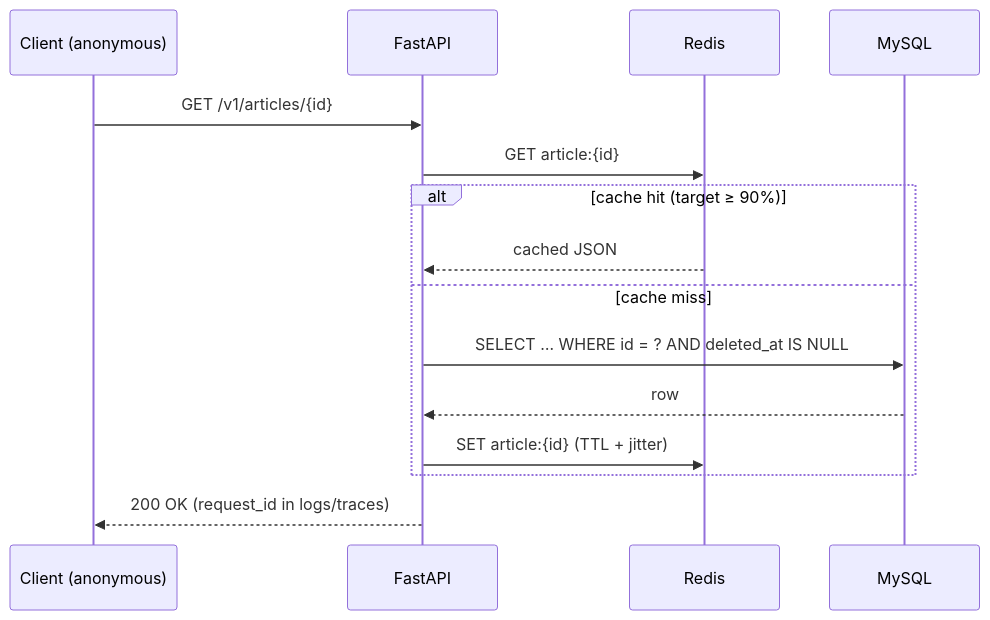
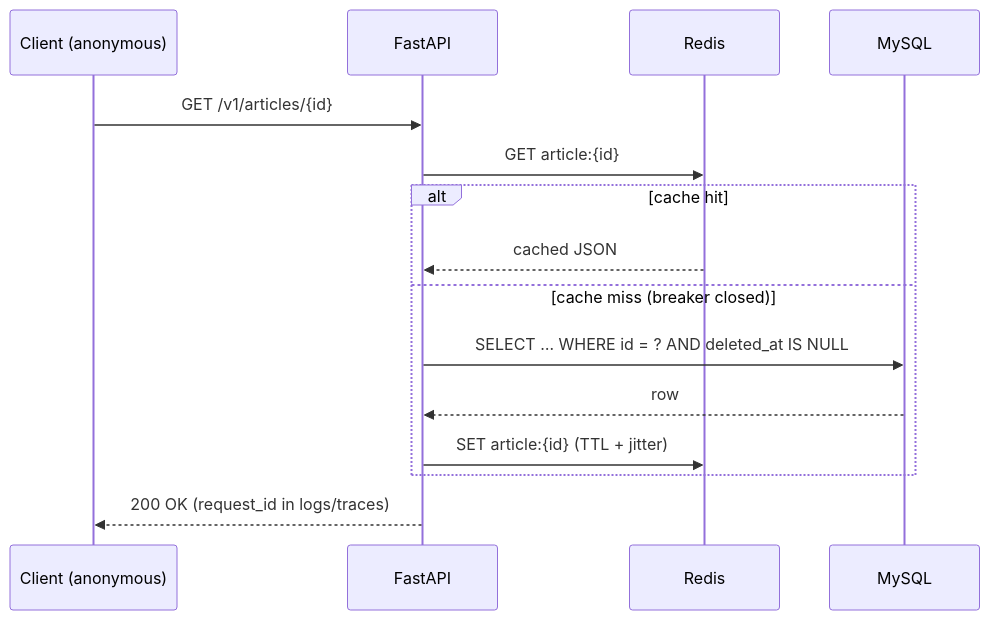
Before and after one commit to sibomana-si/scalable-content-platform: the fourth of 4 diagrams in docs/architecture/overview.md, drawn with Mermaid. The commit also changed other lines of this file and 1 other file, not shown here.

````diff
--- a/docs/architecture/overview.md
+++ b/docs/architecture/overview.md
@@ -167,17 +189,17 @@
 ```mermaid
 sequenceDiagram
     participant C as Client (anonymous)
     participant A as FastAPI
     participant R as Redis
     participant D as MySQL
     C->>A: GET /v1/articles/{id}
     A->>R: GET article:{id}
-    alt cache hit (target ≥ 90%)
+    alt cache hit
         R-->>A: cached JSON
-    else cache miss
+    else cache miss (breaker closed)
         A->>D: SELECT … WHERE id = ? AND deleted_at IS NULL
         D-->>A: row
         A->>R: SET article:{id} (TTL + jitter)
     end
     A-->>C: 200 OK (request_id in logs/traces)
 ```
````
